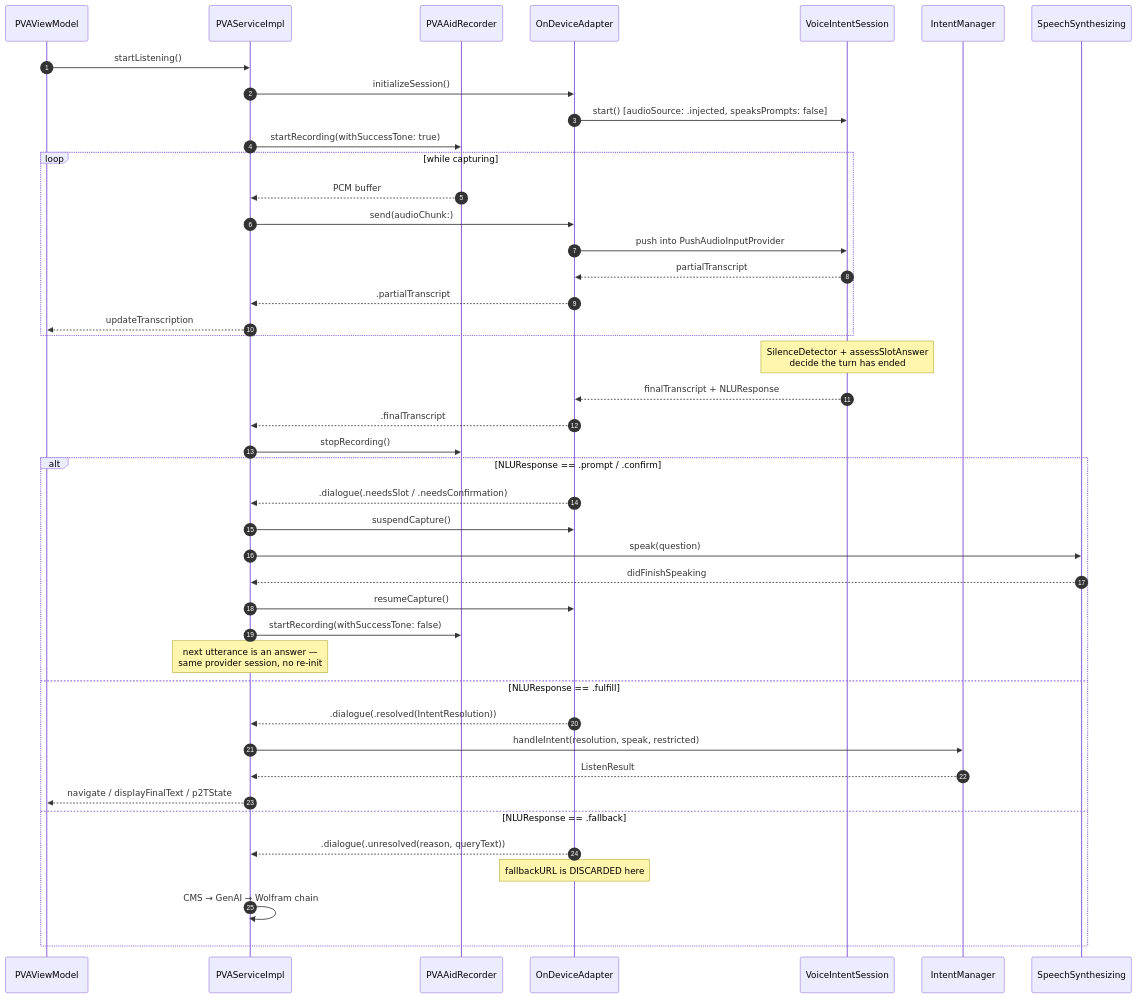
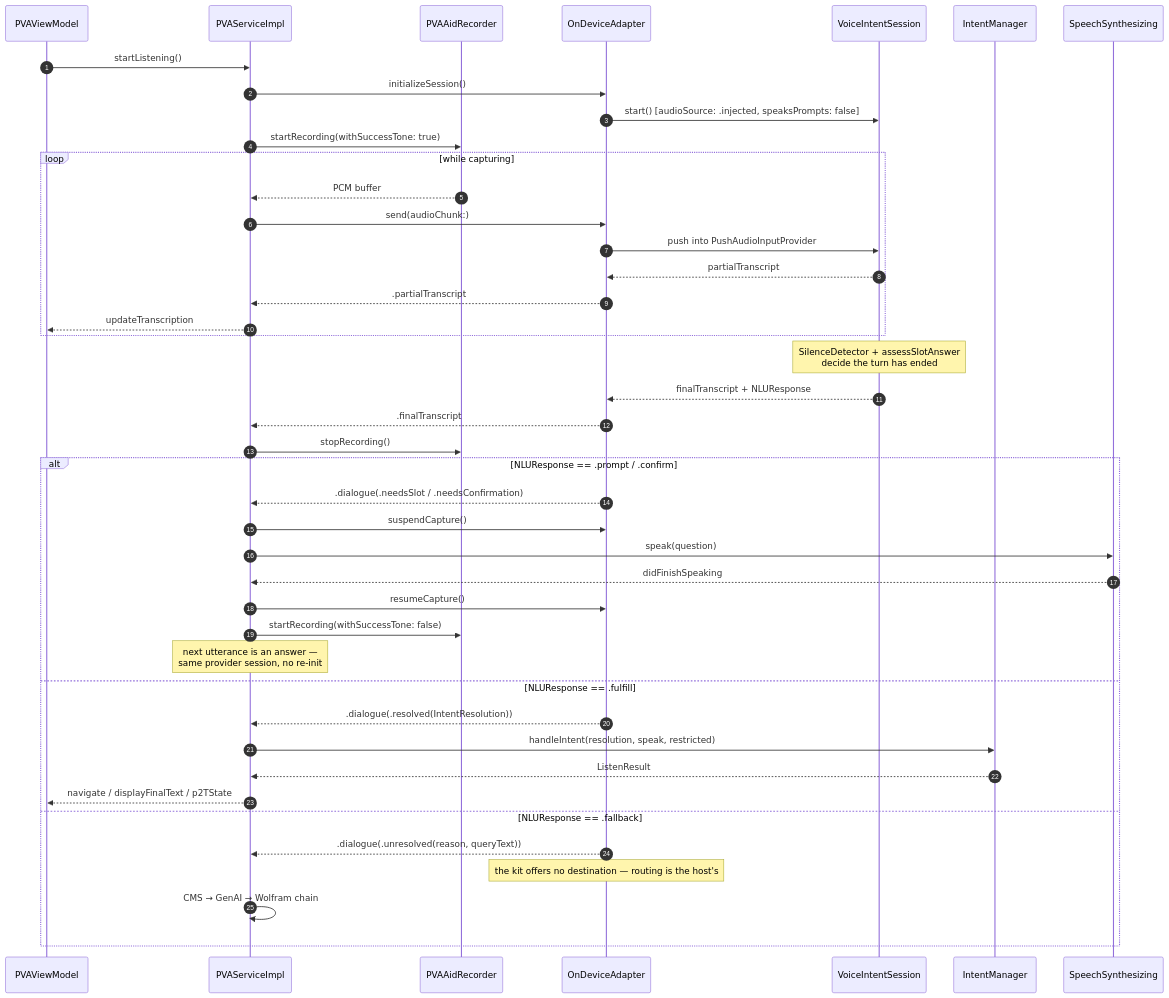
One commit to akashrwt5/STT changed the fifth of 8 diagrams in docs/pva-integration/HLD-voice-understanding.md. Above: the diagram before and after it, drawn with Mermaid. The commit also changed other lines of this file and 5 other files, not shown here.

First line of the commit message:
docs(spec): abandoned is not turn-ending, and fallbackURL no longer exists

````diff
--- a/docs/pva-integration/HLD-voice-understanding.md
+++ b/docs/pva-integration/HLD-voice-understanding.md
@@ -235,47 +235,47 @@
 ```mermaid
 sequenceDiagram
   autonumber
   participant VM as PVAViewModel
   participant S as PVAServiceImpl
   participant R as PVAAidRecorder
   participant A as OnDeviceAdapter
   participant K as VoiceIntentSession
   participant IM as IntentManager
   participant T as SpeechSynthesizing
 
   VM->>S: startListening()
   S->>A: initializeSession()
   A->>K: start()  [audioSource: .injected, speaksPrompts: false]
   S->>R: startRecording(withSuccessTone: true)
   loop while capturing
     R-->>S: PCM buffer
     S->>A: send(audioChunk:)
     A->>K: push into PushAudioInputProvider
     K-->>A: partialTranscript
     A-->>S: .partialTranscript
     S-->>VM: updateTranscription
   end
   Note over K: SilenceDetector + assessSlotAnswer<br/>decide the turn has ended
   K-->>A: finalTranscript + NLUResponse
   A-->>S: .finalTranscript
   S->>R: stopRecording()
 
   alt NLUResponse == .prompt / .confirm
     A-->>S: .dialogue(.needsSlot / .needsConfirmation)
     S->>A: suspendCapture()
     S->>T: speak(question)
     T-->>S: didFinishSpeaking
     S->>A: resumeCapture()
     S->>R: startRecording(withSuccessTone: false)
     Note over S: next utterance is an answer —<br/>same provider session, no re-init
   else NLUResponse == .fulfill
     A-->>S: .dialogue(.resolved(IntentResolution))
     S->>IM: handleIntent(resolution, speak, restricted)
     IM-->>S: ListenResult
     S-->>VM: navigate / displayFinalText / p2TState
   else NLUResponse == .fallback
     A-->>S: .dialogue(.unresolved(reason, queryText))
-    Note over A: fallbackURL is DISCARDED here
+    Note over A: the kit offers no destination — routing is the host's
     S->>S: CMS → GenAI → Wolfram chain
   end
 ```
````
